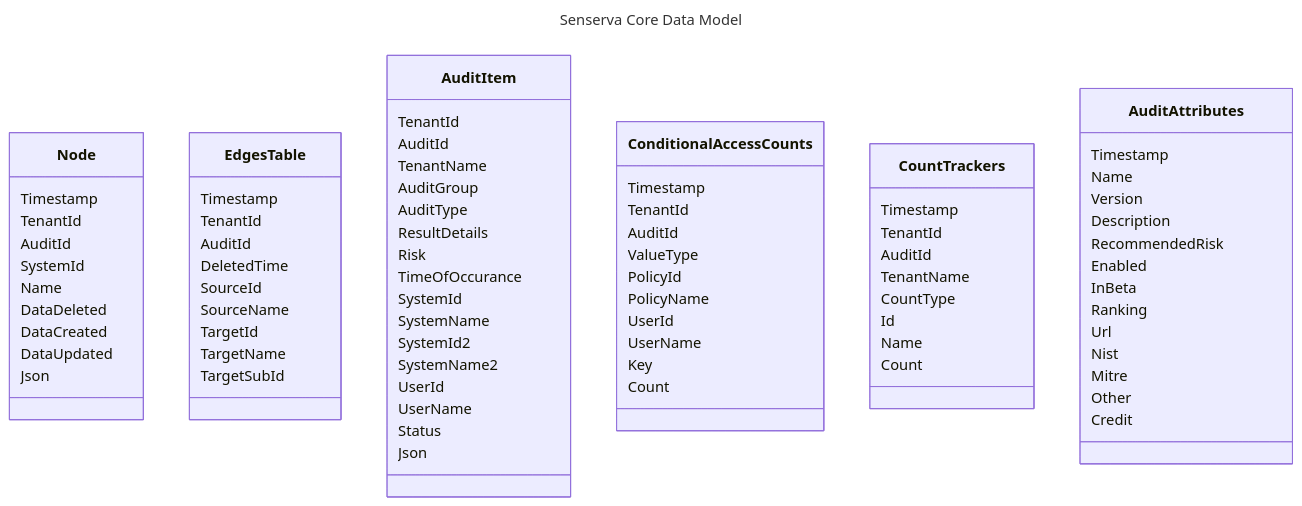
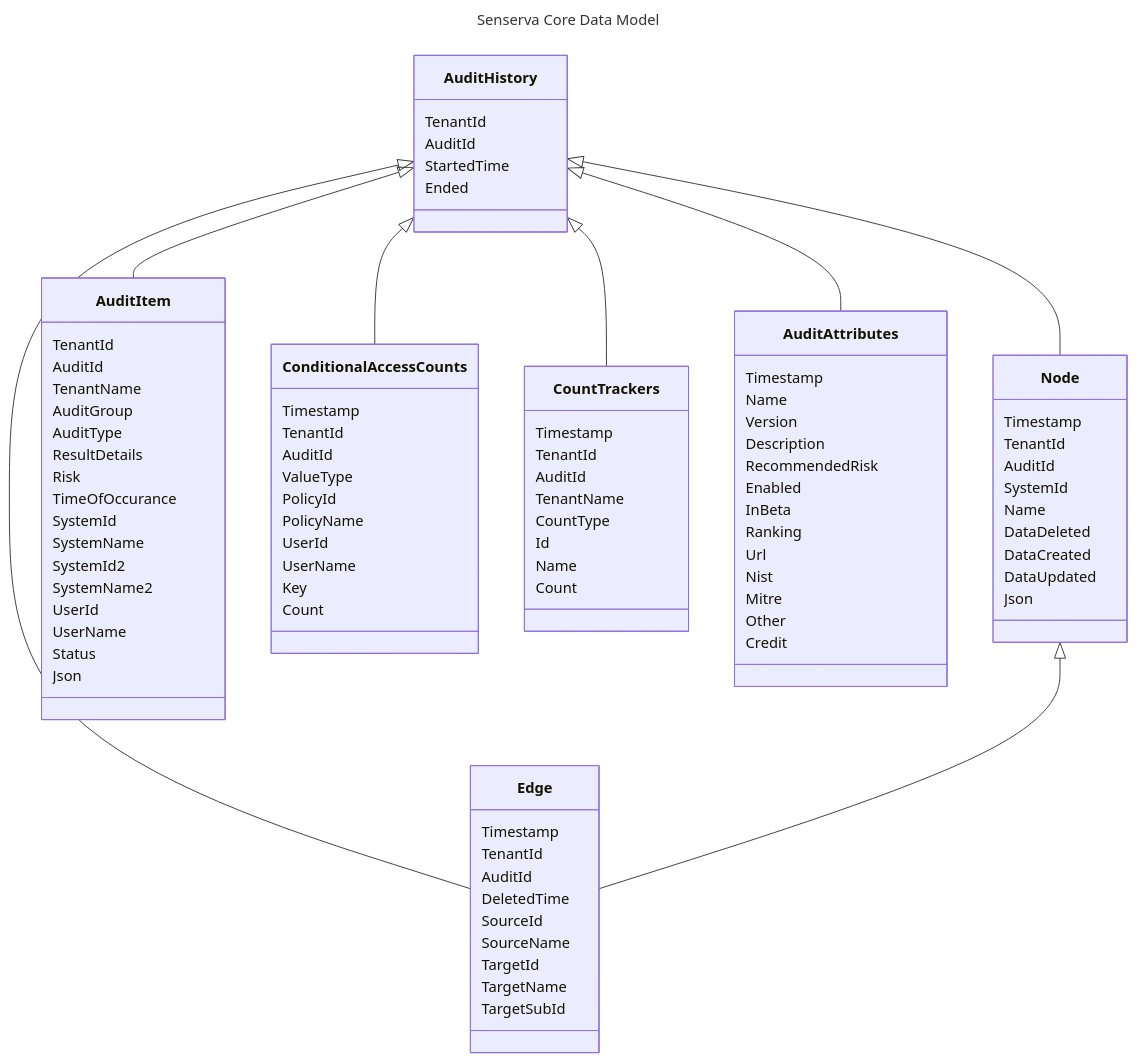
Before and after one commit to Senserva-LLC/Senserva-Inquisitor: the second of 2 diagrams in README.md, drawn with Mermaid. The commit also changed other lines of this file, not shown here.

```diff
--- a/README.md
+++ b/README.md
@@ -107,6 +107,21 @@
 title: Senserva Core Data Model
 ---
 classDiagram
+    AuditHistory <|-- Node
+    AuditHistory <|-- Edge
+    AuditHistory <|-- AuditItem
+    AuditHistory <|-- ConditionalAccessCounts
+    AuditHistory <|-- CountTrackers
+    AuditHistory <|-- AuditAttributes
+    Node <|-- Edge
+
+     class AuditHistory {
+           TenantId
+           AuditId
+           StartedTime
+           Ended
+     }
+
       class Node { 
          Timestamp
          TenantId
@@ -119,7 +134,7 @@
          Json
     }
 
-   class EdgesTable {
+   class Edge {
          Timestamp
          TenantId
          AuditId
```
